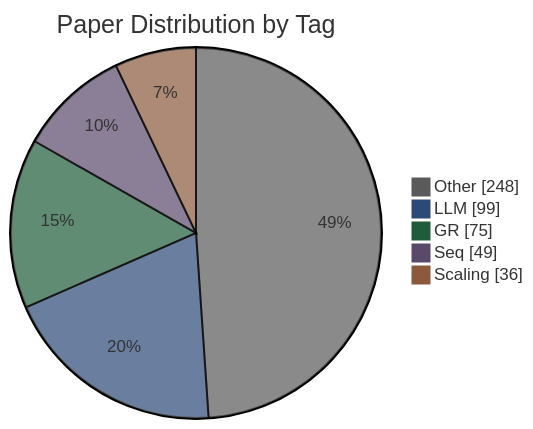
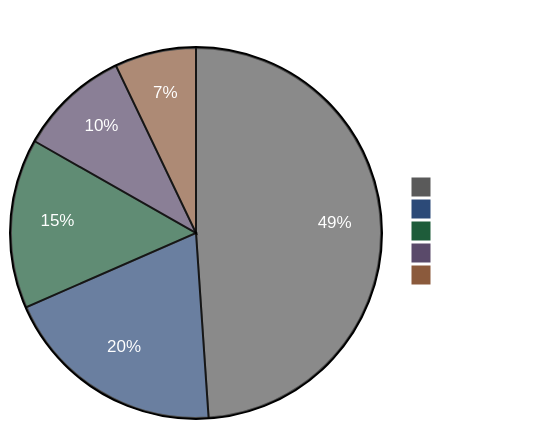
One commit to ShawnBIT/reco-arxiv-daily changed the diagram in README.md. Above: the diagram before and after it, drawn with Mermaid. The commit also changed 1 other file, not shown here.

Commit message:
style: 饼图标题/扇形/图例文字改为白色，提升深色背景可读性
Made-with: Cursor

````diff
--- a/README.md
+++ b/README.md
@@ -6,16 +6,19 @@
 ```mermaid
 %%{init: {'theme':'base', 'themeVariables': {
   'pie1':'#5a5a5a',
   'pie2':'#2c4a78',
   'pie3':'#1e5c3a',
   'pie4':'#5a4a6a',
-  'pie5':'#8b5a3c'
+  'pie5':'#8b5a3c',
+  'pieTitleTextColor':'#ffffff',
+  'pieSectionTextColor':'#ffffff',
+  'pieLegendTextColor':'#ffffff'
 }}}%%
 pie showData
 title Paper Distribution by Tag
   "Other" : 248
   "LLM" : 99
   "GR" : 75
   "Seq" : 49
   "Scaling" : 36
 ```
````
